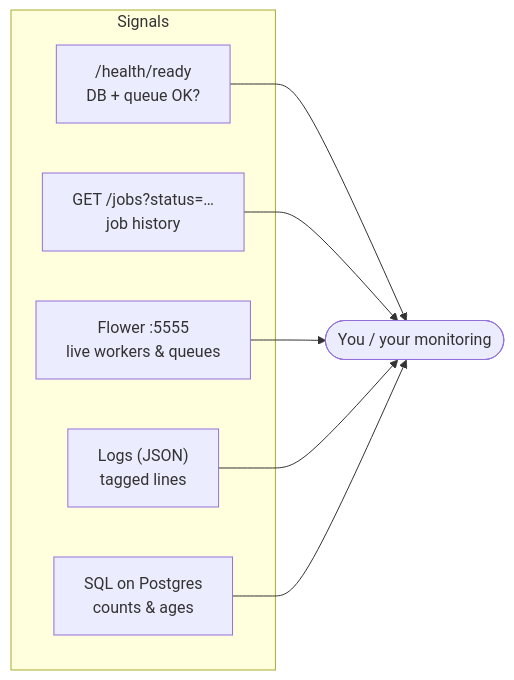
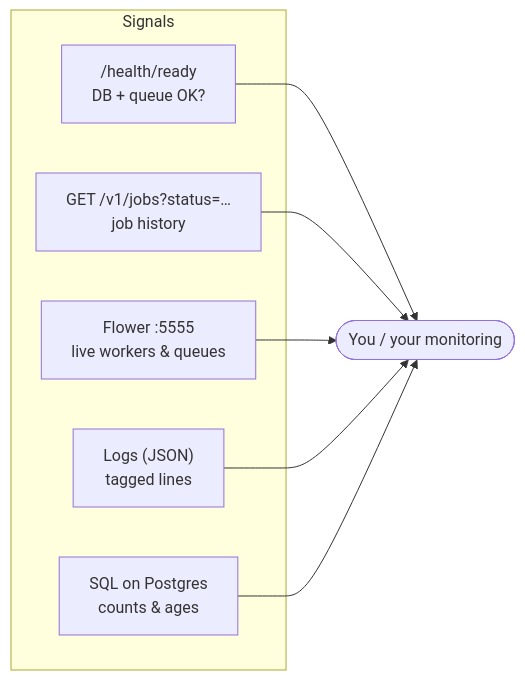
One commit to ravibhushan29/JobScheduler changed the first of 3 diagrams in docs/10-operations.md. Above: the diagram before and after it, drawn with Mermaid. The commit also changed other lines of this file and 101 other files, not shown here.

````diff
--- a/docs/10-operations.md
+++ b/docs/10-operations.md
@@ -9,15 +9,15 @@
 ```mermaid
 flowchart LR
     subgraph Signals
         H["/health/ready<br/>DB + queue OK?"]
-        J["GET /jobs?status=…<br/>job history"]
+        J["GET /v1/jobs?status=…<br/>job history"]
         F["Flower :5555<br/>live workers & queues"]
         L["Logs (JSON)<br/>tagged lines"]
         SQL["SQL on Postgres<br/>counts & ages"]
     end
     H --> You([You / your monitoring])
     J --> You
     F --> You
     L --> You
     SQL --> You
 ```
````
